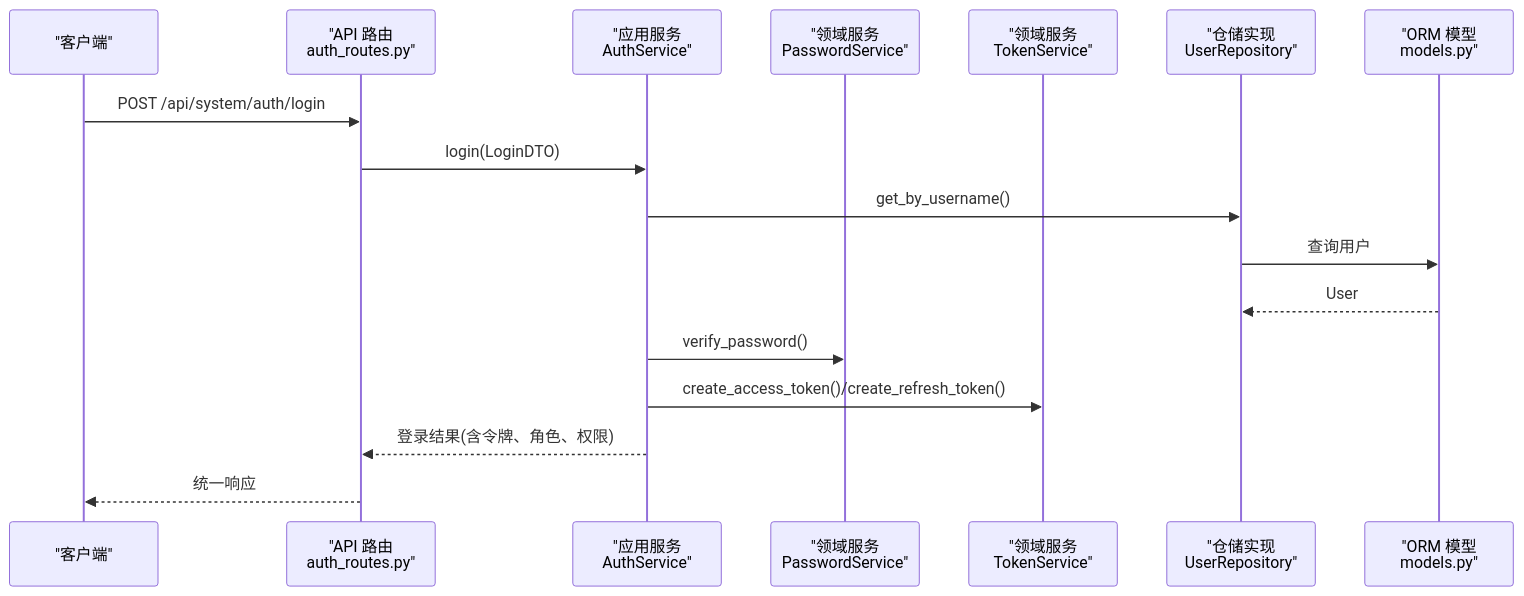
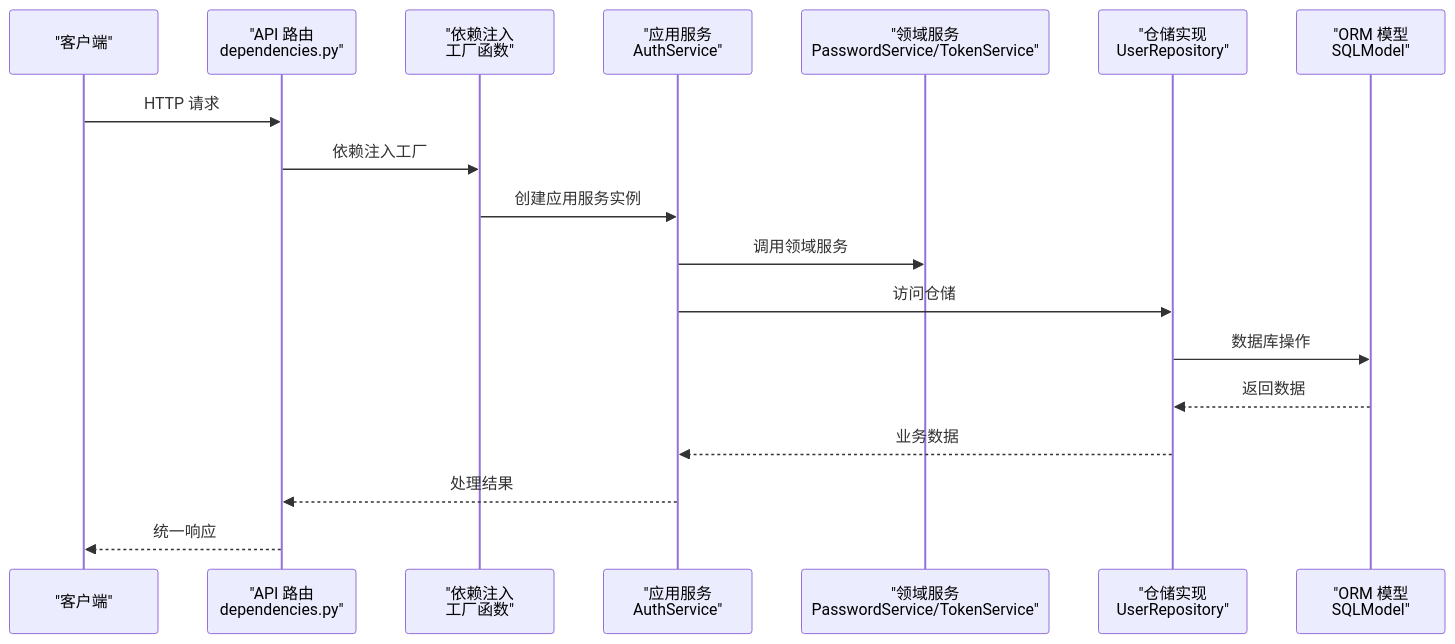
Before and after one commit to taoweidong/Hello-FastApi: the second of 5 diagrams in .qoder/repowiki/zh/content/后端架构设计/后端架构设计.md, drawn with Mermaid. The commit also changed other lines of this file and 18 other files, not shown here.

````diff
--- a/.qoder/repowiki/zh/content/后端架构设计/后端架构设计.md
+++ b/.qoder/repowiki/zh/content/后端架构设计/后端架构设计.md
@@ -107,19 +107,20 @@
 ```mermaid
 sequenceDiagram
 participant Client as "客户端"
-participant API as "API 路由<br/>auth_routes.py"
+participant API as "API 路由<br/>dependencies.py"
+participant DI as "依赖注入<br/>工厂函数"
 participant AppSvc as "应用服务<br/>AuthService"
-participant DomainPwd as "领域服务<br/>PasswordService"
-participant DomainToken as "领域服务<br/>TokenService"
+participant Domain as "领域服务<br/>PasswordService/TokenService"
 participant Repo as "仓储实现<br/>UserRepository"
-participant DB as "ORM 模型<br/>models.py"
-Client->>API : POST /api/system/auth/login
-API->>AppSvc : login(LoginDTO)
-AppSvc->>Repo : get_by_username()
-Repo->>DB : 查询用户
-DB-->>Repo : User
-AppSvc->>DomainPwd : verify_password()
-AppSvc->>DomainToken : create_access_token()/create_refresh_token()
-AppSvc-->>API : 登录结果(含令牌、角色、权限)
+participant DB as "ORM 模型<br/>SQLModel"
+Client->>API : HTTP 请求
+API->>DI : 依赖注入工厂
+DI->>AppSvc : 创建应用服务实例
+AppSvc->>Domain : 调用领域服务
+AppSvc->>Repo : 访问仓储
+Repo->>DB : 数据库操作
+DB-->>Repo : 返回数据
+Repo-->>AppSvc : 业务数据
+AppSvc-->>API : 处理结果
 API-->>Client : 统一响应
 ```
````
